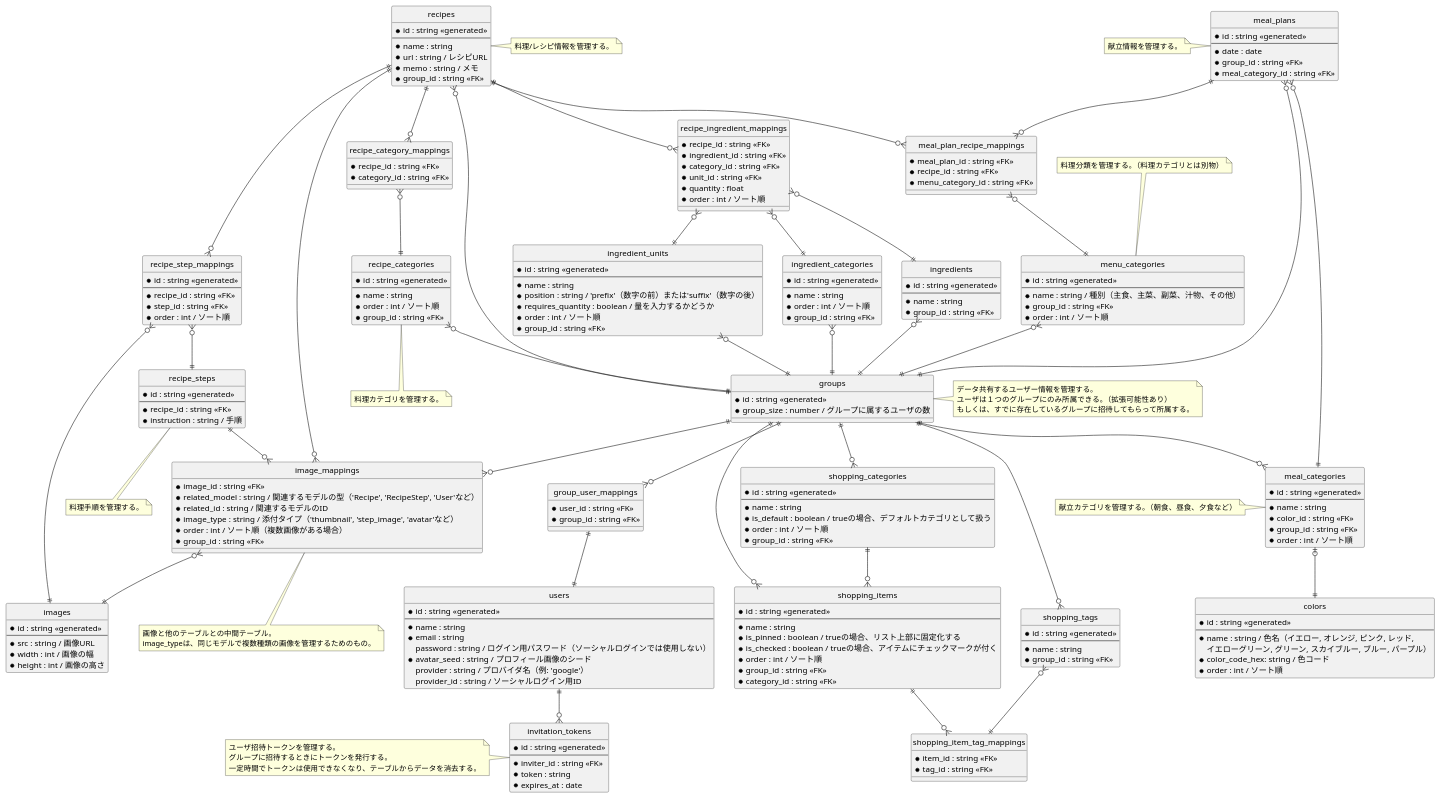
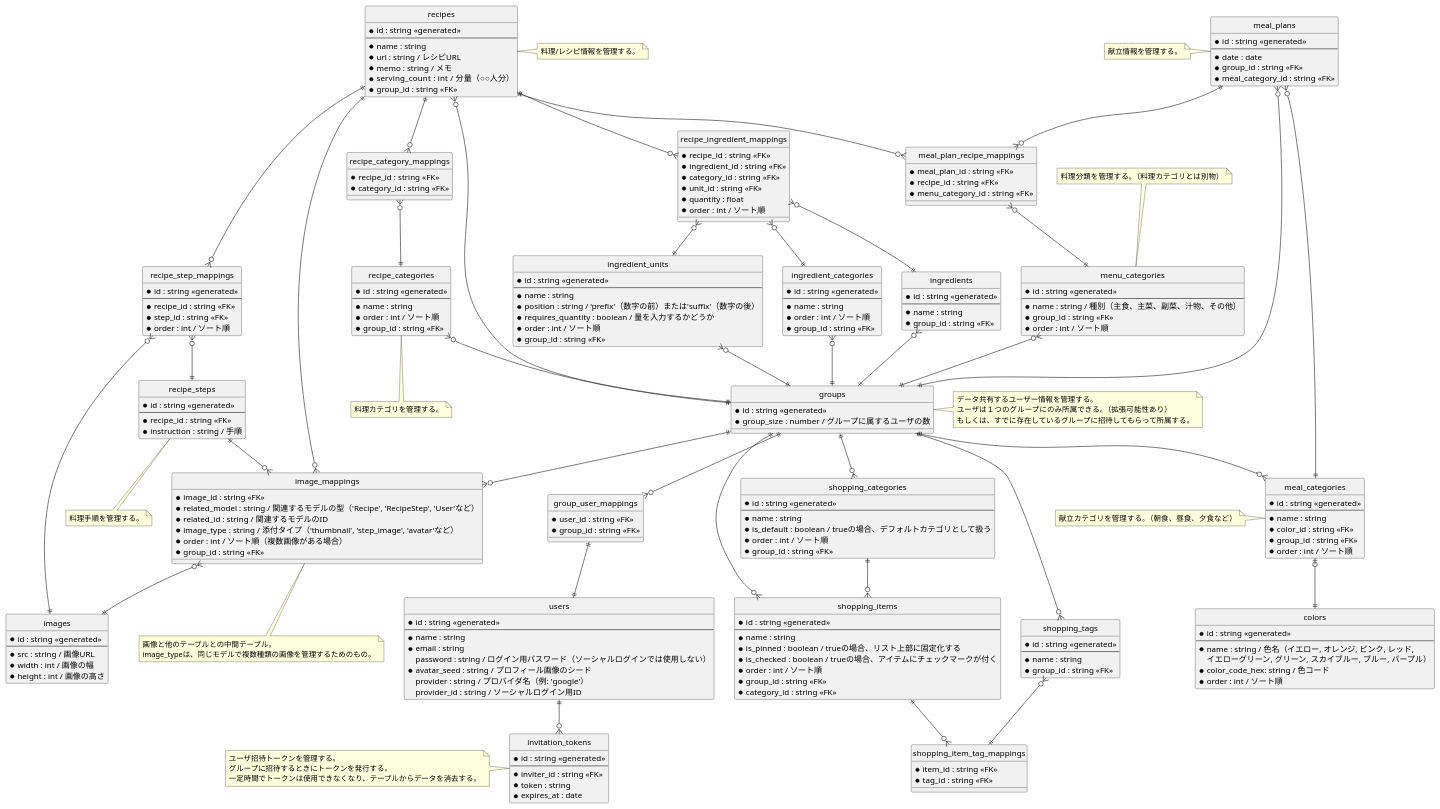
One commit to nanoha94/meap changed the diagram in server/docs/er.puml. Above: the diagram before and after it, drawn with PlantUML. The commit also changed 25 other files, not shown here.

```diff
--- a/server/docs/er.puml
+++ b/server/docs/er.puml
@@ -37,6 +37,7 @@
     * name : string
     * url : string / レシピURL
     * memo : string / メモ
+    * serving_count : int / 分量（○○人分）
     * group_id : string <<FK>>
 }
 
```
